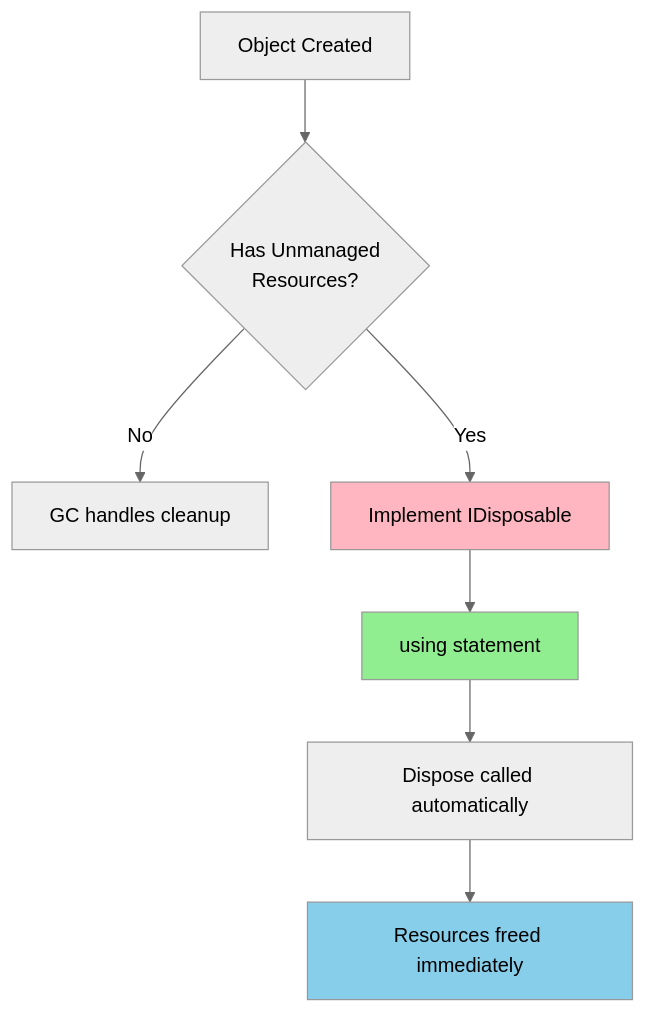
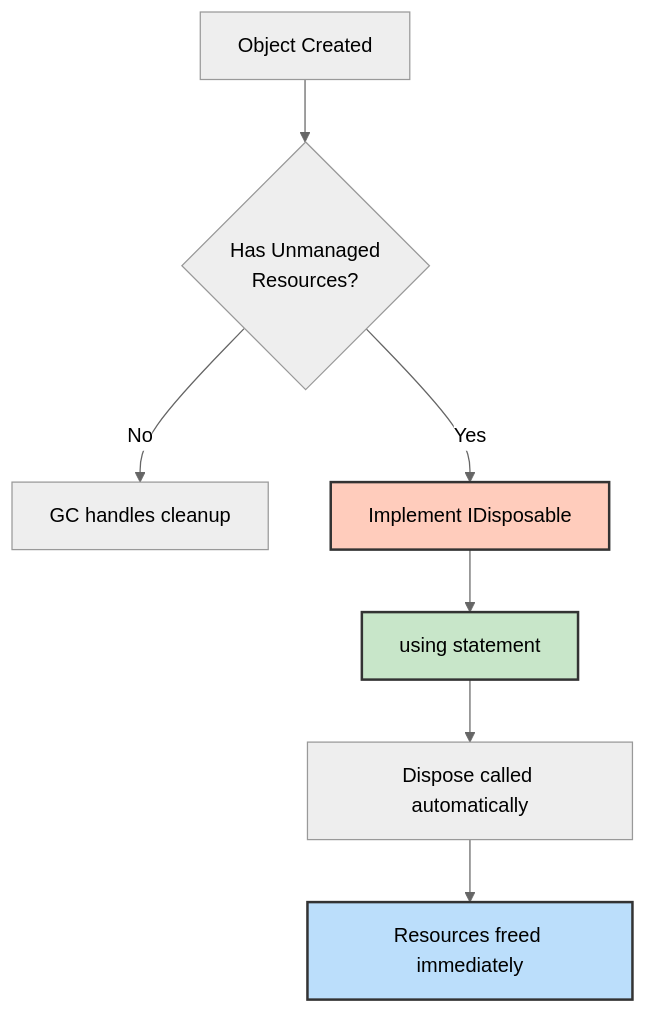
Before and after one commit to NguyenPhamCode4You/ai-home-lab-docker-compose: the sixth of 7 diagrams in C# fundamentals/day02-memory-gc.md, drawn with Mermaid (neutral theme). The commit also changed other lines of this file and 10 other files, not shown here.

````diff
--- a/C# fundamentals/day02-memory-gc.md
+++ b/C# fundamentals/day02-memory-gc.md
@@ -407,13 +407,13 @@
 ```mermaid
 graph TB
     A[Object Created] --> B{Has Unmanaged<br/>Resources?}
     B -->|No| C[GC handles cleanup]
     B -->|Yes| D[Implement IDisposable]
     D --> E[using statement]
     E --> F[Dispose called automatically]
     F --> G[Resources freed immediately]
 
-    style D fill:#FFB6C1
-    style E fill:#90EE90
-    style G fill:#87CEEB
+    style D fill:#ffccbc,stroke:#333,stroke-width:2px
+    style E fill:#c8e6c9,stroke:#333,stroke-width:2px
+    style G fill:#bbdefb,stroke:#333,stroke-width:2px
 ```
````
